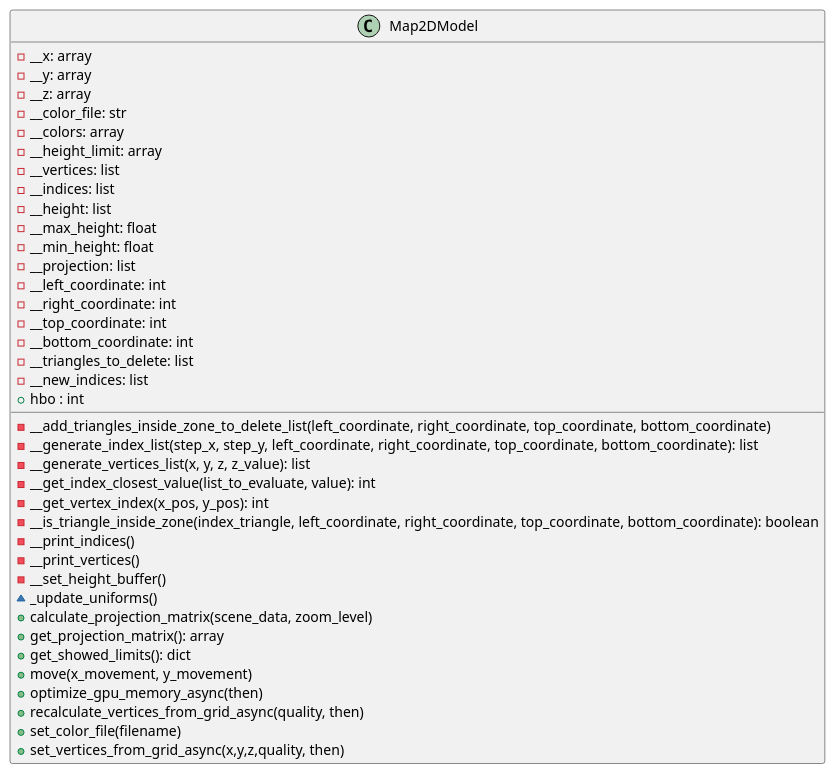
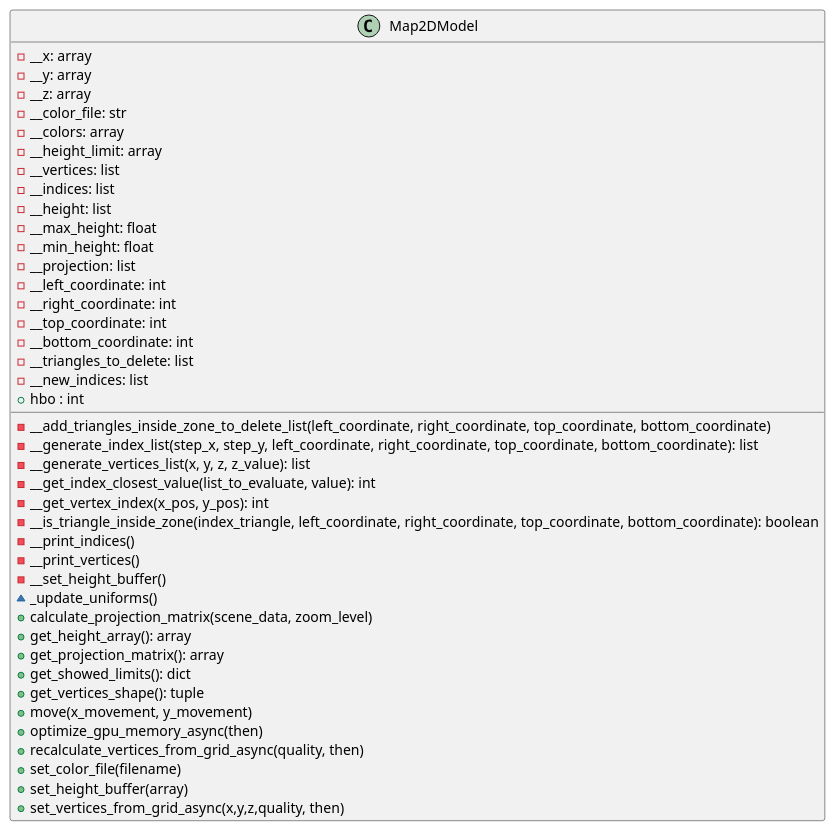
The diagram in docs/classes/Map2DModel.puml (ferpoble2/Relief_Creator), drawn with PlantUML before and after one commit. The commit also changed 1 other file, not shown here.

Commit message:
Renamed variable height to height_array to make more clear that is an array.
Added methods to modify and get the height buffer of the model

```diff
--- a/docs/classes/Map2DModel.puml
+++ b/docs/classes/Map2DModel.puml
@@ -1,44 +1,47 @@
 @startuml
                 class Map2DModel {
                     - __x: array
                     - __y: array
                     - __z: array
                     - __color_file: str
                     - __colors: array
                     - __height_limit: array
                     - __vertices: list
                     - __indices: list
                     - __height: list
                     - __max_height: float
                     - __min_height: float
                     - __projection: list
                     - __left_coordinate: int
                     - __right_coordinate: int
                     - __top_coordinate: int
                     - __bottom_coordinate: int
                     - __triangles_to_delete: list
                     - __new_indices: list
                     + hbo : int
 
 
                     - __add_triangles_inside_zone_to_delete_list(left_coordinate, right_coordinate, top_coordinate, bottom_coordinate)
                     - __generate_index_list(step_x, step_y, left_coordinate, right_coordinate, top_coordinate, bottom_coordinate): list
                     - __generate_vertices_list(x, y, z, z_value): list
                     - __get_index_closest_value(list_to_evaluate, value): int
                     - __get_vertex_index(x_pos, y_pos): int
                     - __is_triangle_inside_zone(index_triangle, left_coordinate, right_coordinate, top_coordinate, bottom_coordinate): boolean
                     - __print_indices()
                     - __print_vertices()
                     - __set_height_buffer()
                     ~ _update_uniforms()
                     + calculate_projection_matrix(scene_data, zoom_level)
+                    + get_height_array(): array
                     + get_projection_matrix(): array
                     + get_showed_limits(): dict
+                    + get_vertices_shape(): tuple
                     + move(x_movement, y_movement)
                     + optimize_gpu_memory_async(then)
                     + recalculate_vertices_from_grid_async(quality, then)
                     + set_color_file(filename)
+                    + set_height_buffer(array)
                     + set_vertices_from_grid_async(x,y,z,quality, then)
 
                 }
 @enduml
```
